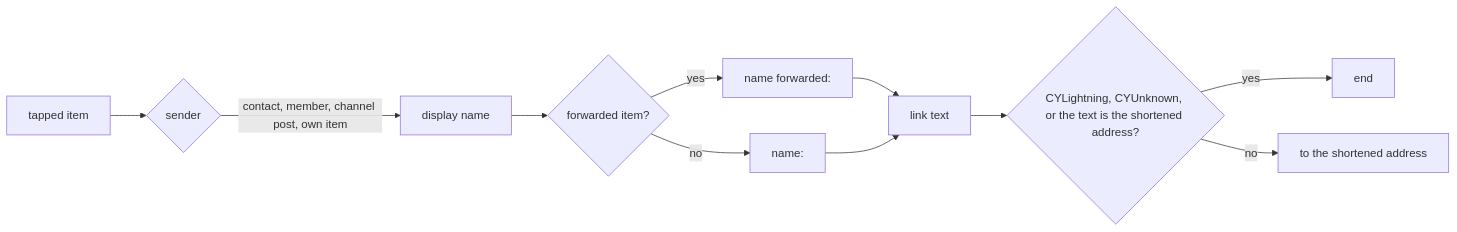
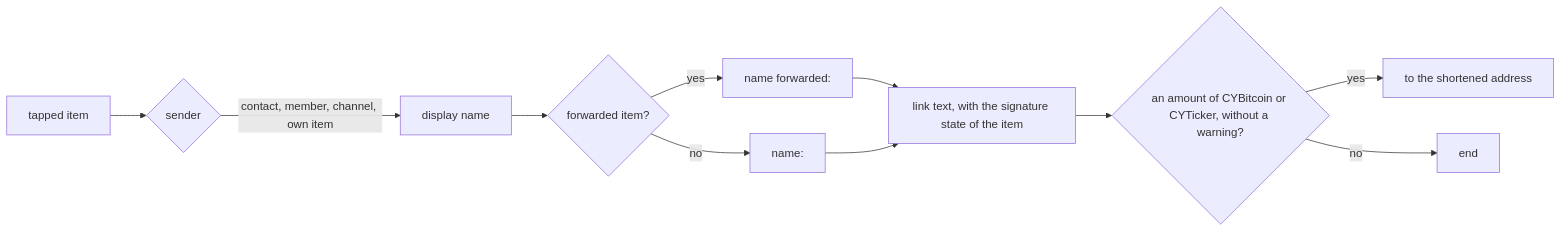
One commit to simplex-chat/simplex-chat changed the sixth of 10 diagrams in plans/2026-11-22-payment-addresses.md. Above: the diagram before and after it, drawn with Mermaid. The commit also changed other lines of this file, not shown here.

Commit message:
core: chain addresses plan with the built link text and alert

````diff
--- a/plans/2026-11-22-payment-addresses.md
+++ b/plans/2026-11-22-payment-addresses.md
@@ -679,13 +687,13 @@
 ```mermaid
 flowchart LR
   I["tapped item"] --> N{"sender"}
-  N -->|"contact, member, channel post, own item"| NM["display name"]
+  N -->|"contact, member, channel, own item"| NM["display name"]
   NM --> F{"forwarded item?"}
   F -->|yes| P1["name forwarded:"]
   F -->|no| P2["name:"]
-  P1 --> LT["link text"]
+  P1 --> LT["link text, with the signature state of the item"]
   P2 --> LT
-  LT --> A{"CYLightning, CYUnknown, or the text is the shortened address?"}
-  A -->|yes| E["end"]
-  A -->|no| TO["to the shortened address"]
+  LT --> A{"an amount of CYBitcoin or CYTicker, without a warning?"}
+  A -->|yes| TO["to the shortened address"]
+  A -->|no| E["end"]
 ```
````
